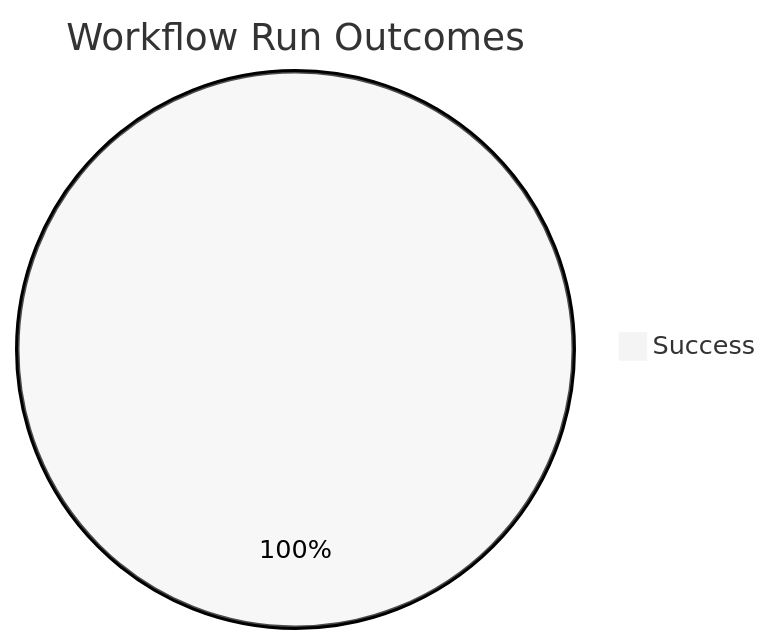
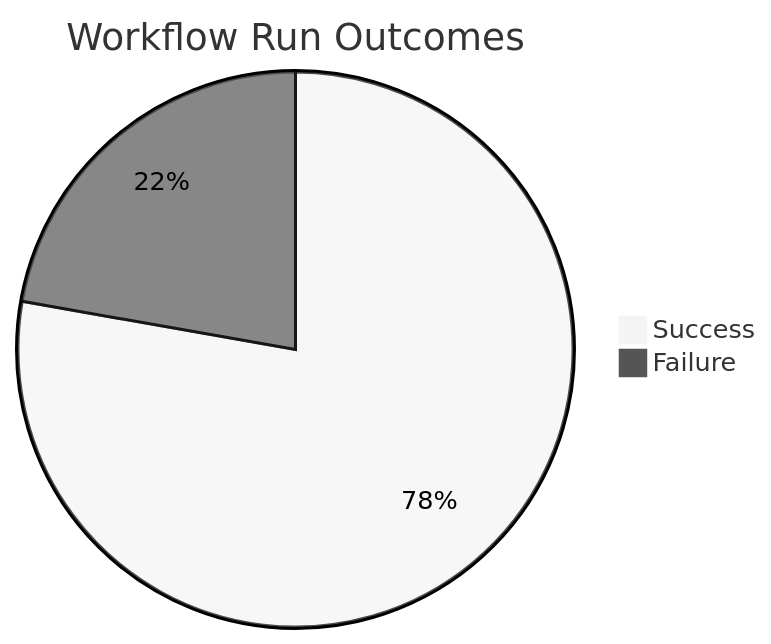
Before and after one commit to ukma-cs-ssdm-2025/rate-ukma: the first of 4 diagrams in docs/ci-cd/dora-summary.md, drawn with Mermaid (neutral theme). The commit also changed other lines of this file, not shown here.

````diff
--- a/docs/ci-cd/dora-summary.md
+++ b/docs/ci-cd/dora-summary.md
@@ -22,4 +22,5 @@
 ```mermaid
 pie title Workflow Run Outcomes
-    "Success" : 2
+    "Success" : 7
+    "Failure" : 2
 ```
````
